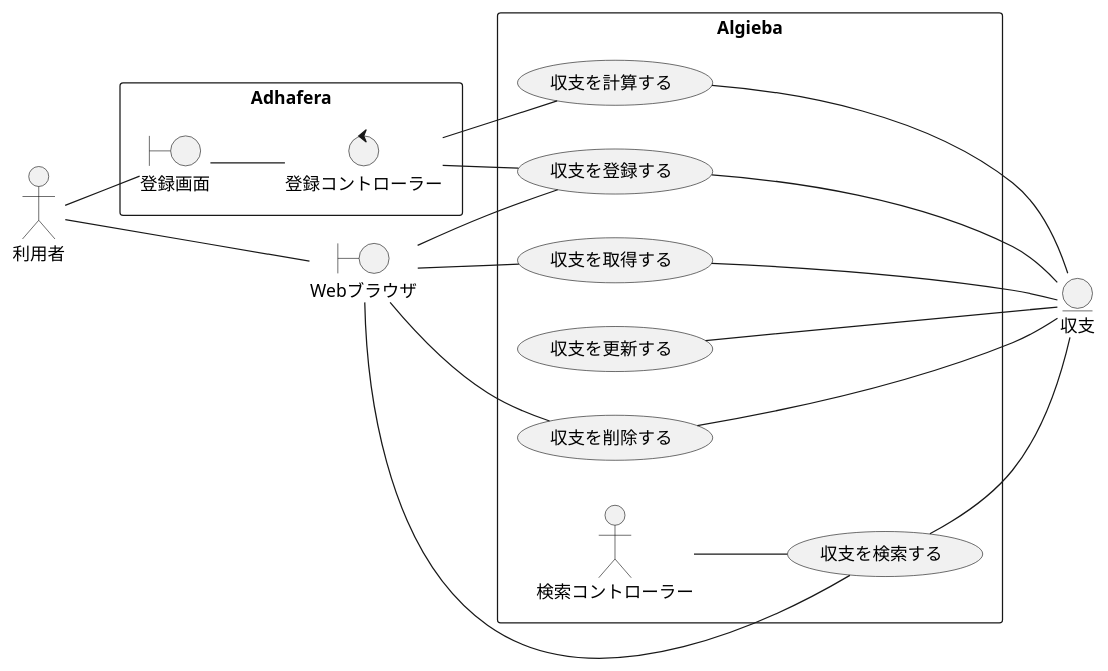
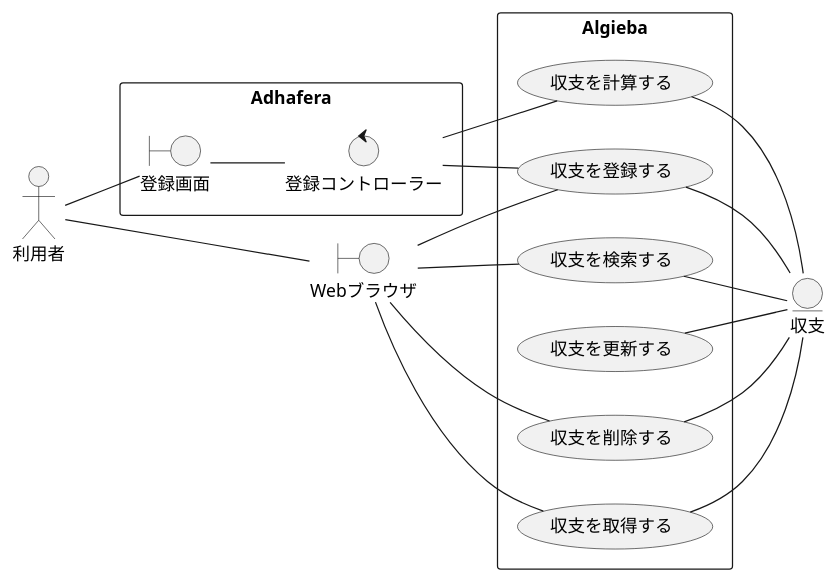
One commit to Leonis0813/chort changed the diagram in payment_manager/index.rst. Above: the diagram before and after it, drawn with PlantUML.

Commit message:
remove index controller

```diff
--- a/payment_manager/index.rst
+++ b/payment_manager/index.rst
@@ -17,32 +17,31 @@
 .. uml::
 
    left to right direction
    skinparam packageStyle rect
    actor 利用者
    entity 収支
 
    rectangle Adhafera {
      boundary 登録画面
      control 登録コントローラー
      利用者 -- 登録画面
      登録画面 -- 登録コントローラー
    }
 
    boundary Webブラウザ
    利用者 -- Webブラウザ
 
    rectangle Algieba {
      登録コントローラー -- (収支を登録する)
      Webブラウザ -- (収支を登録する)
      (収支を登録する) -- 収支
      Webブラウザ -- (収支を取得する)
      (収支を取得する) -- 収支
      Webブラウザ -- (収支を検索する)
-     検索コントローラー -- (収支を検索する)
      (収支を検索する) -- 収支
      (収支を更新する) -- 収支
      Webブラウザ -- (収支を削除する)
      (収支を削除する) -- 収支
      登録コントローラー -- (収支を計算する)
      (収支を計算する) -- 収支
    }
```
